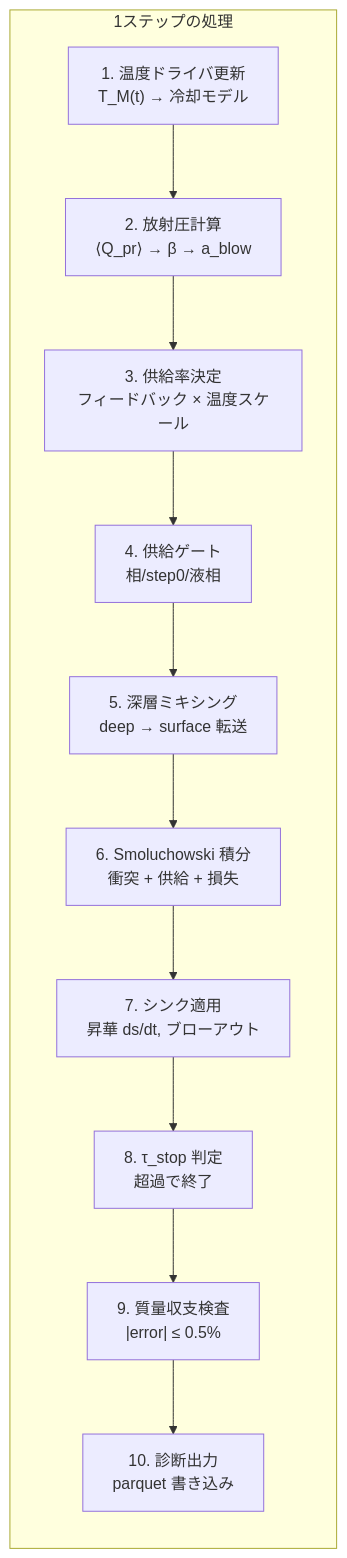
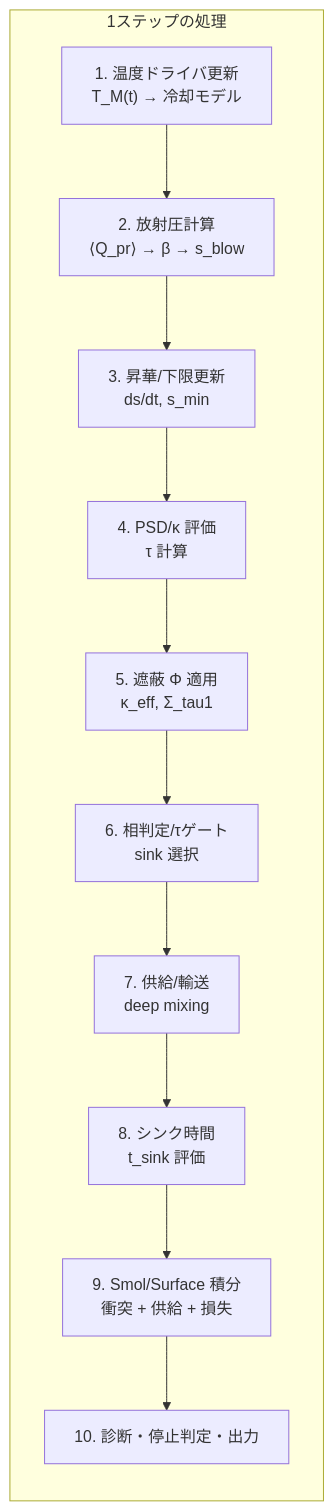
Before and after one commit to Einfeld686/MarsDiskSimulation: the second of 7 diagrams in analysis/methods.md, drawn with Mermaid. The commit also changed other lines of this file and 21 other files, not shown here.

````diff
--- a/analysis/methods.md
+++ b/analysis/methods.md
@@ -58,19 +109,19 @@
 ```mermaid
 flowchart LR
     subgraph STEP["1ステップの処理"]
         direction TB
         
         S1["1. 温度ドライバ更新<br/>T_M(t) → 冷却モデル"]
-        S2["2. 放射圧計算<br/>⟨Q_pr⟩ → β → a_blow"]
-        S3["3. 供給率決定<br/>フィードバック × 温度スケール"]
-        S4["4. 供給ゲート<br/>相/step0/液相"]
-        S5["5. 深層ミキシング<br/>deep → surface 転送"]
-        S6["6. Smoluchowski 積分<br/>衝突 + 供給 + 損失"]
-        S7["7. シンク適用<br/>昇華 ds/dt, ブローアウト"]
-        S8["8. τ_stop 判定<br/>超過で終了"]
-        S9["9. 質量収支検査<br/>|error| ≤ 0.5%"]
-        S10["10. 診断出力<br/>parquet 書き込み"]
+        S2["2. 放射圧計算<br/>⟨Q_pr⟩ → β → s_blow"]
+        S3["3. 昇華/下限更新<br/>ds/dt, s_min"]
+        S4["4. PSD/κ 評価<br/>τ 計算"]
+        S5["5. 遮蔽 Φ 適用<br/>κ_eff, Σ_tau1"]
+        S6["6. 相判定/τゲート<br/>sink 選択"]
+        S7["7. 供給/輸送<br/>deep mixing"]
+        S8["8. シンク時間<br/>t_sink 評価"]
+        S9["9. Smol/Surface 積分<br/>衝突 + 供給 + 損失"]
+        S10["10. 診断・停止判定・出力"]
         
         S1 --> S2 --> S3 --> S4 --> S5 --> S6 --> S7 --> S8 --> S9 --> S10
     end
 ```
````
